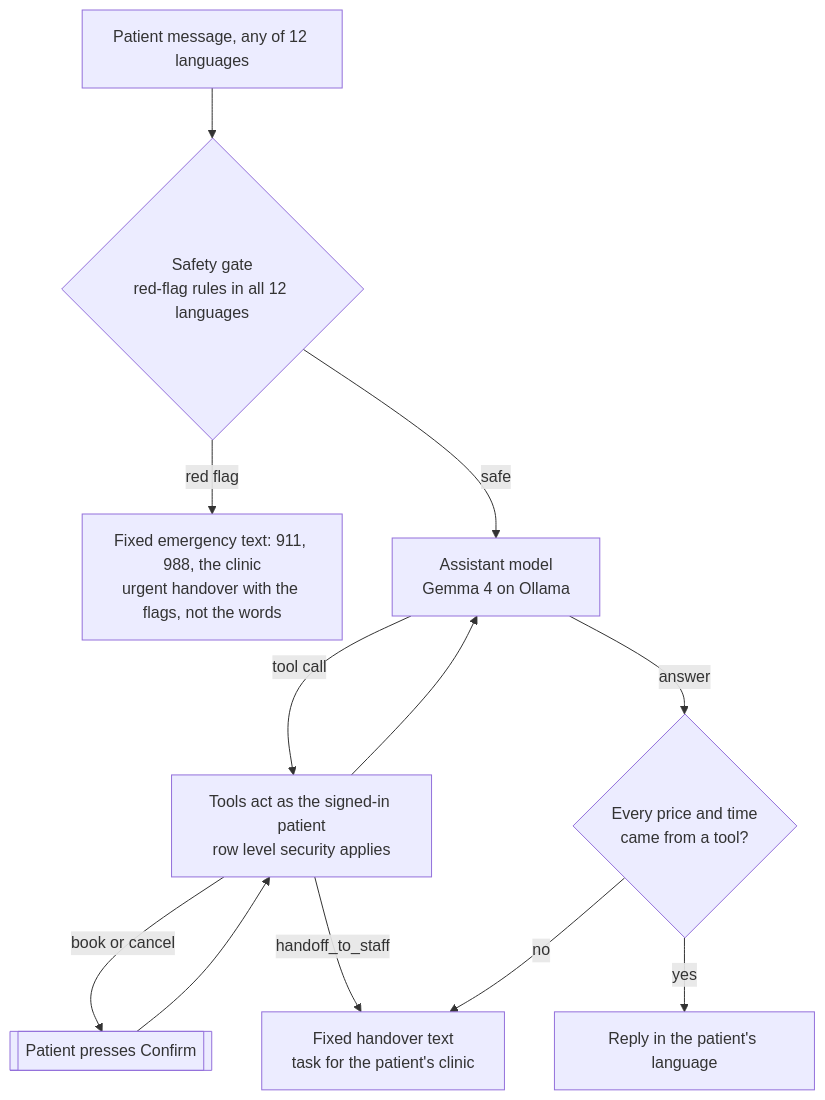
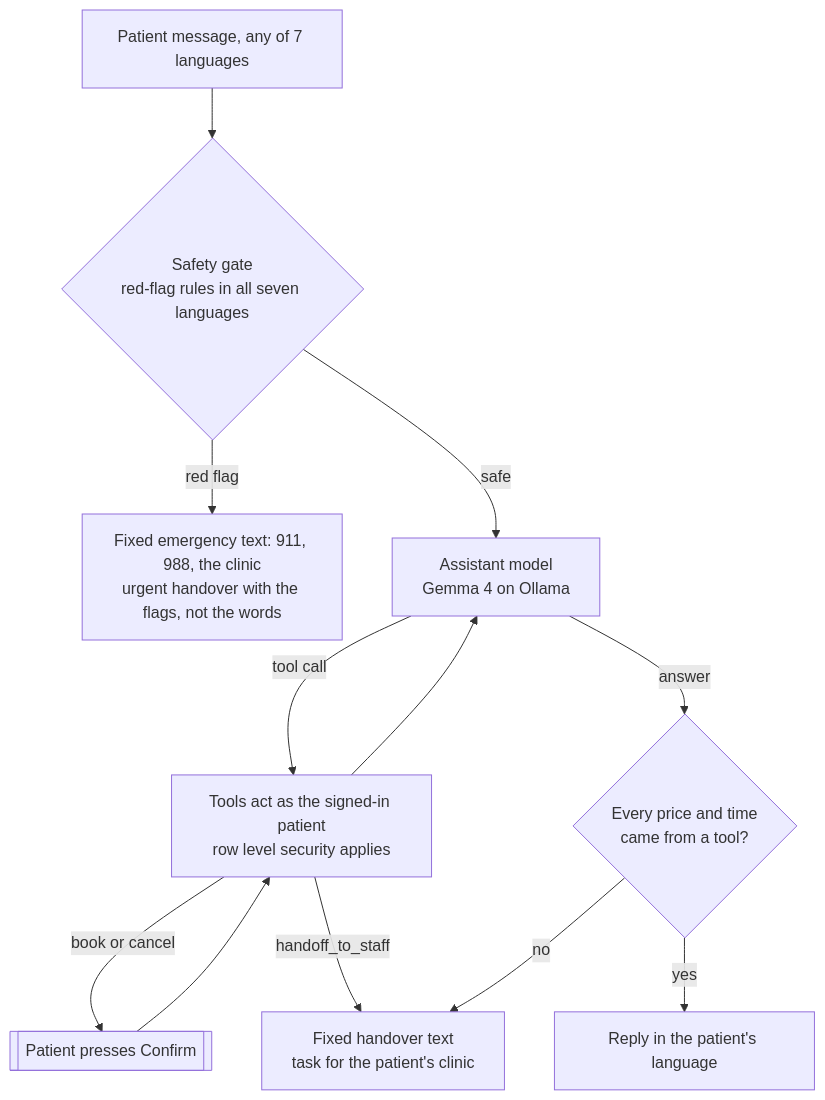
One commit to FionaMich/northgate-dental changed the fourth of 4 diagrams in README.md. Above: the diagram before and after it, drawn with Mermaid. The commit also changed other lines of this file and 10 other files, not shown here.

````diff
--- a/README.md
+++ b/README.md
@@ -363,14 +363,14 @@
 ```mermaid
 flowchart TD
-  msg[Patient message, any of 12 languages] --> gate{Safety gate<br/>red-flag rules in all 12 languages}
+  msg[Patient message, any of 7 languages] --> gate{Safety gate<br/>red-flag rules in all seven languages}
   gate -->|red flag| emergency[Fixed emergency text: 911, 988, the clinic<br/>urgent handover with the flags, not the words]
   gate -->|safe| model[Assistant model<br/>Gemma 4 on Ollama]
   model -->|tool call| tools[Tools act as the signed-in patient<br/>row level security applies]
   tools -->|book or cancel| button[[Patient presses Confirm]]
   button --> tools
   tools --> model
   tools -->|handoff_to_staff| handover[Fixed handover text<br/>task for the patient's clinic]
   model -->|answer| grounded{Every price and time<br/>came from a tool?}
   grounded -->|yes| reply[Reply in the patient's language]
   grounded -->|no| handover
 ```
````
